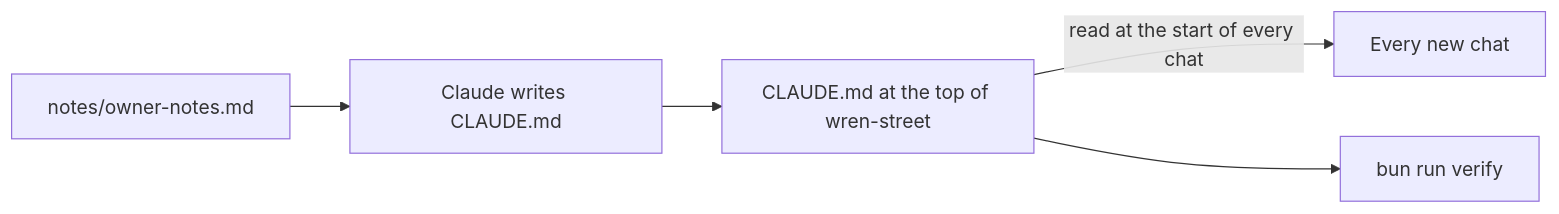
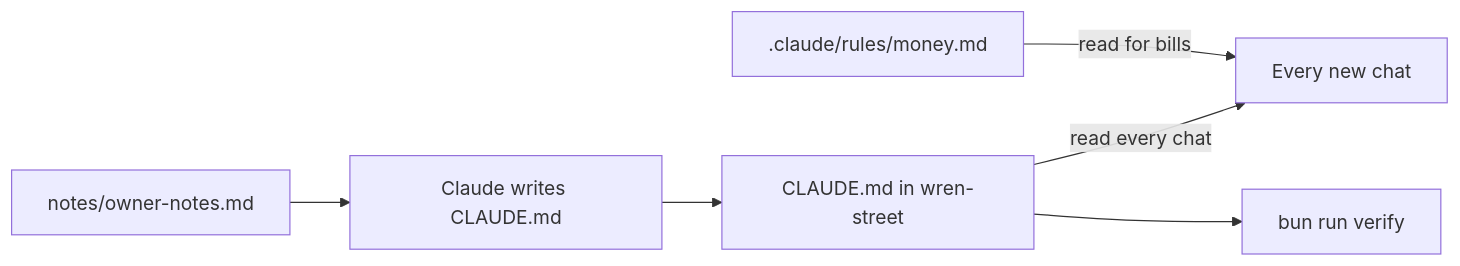
The diagram in parts/02-teach-the-bakery/01-write-the-house-rules/problem/README.md (learnwithparam/claude-code-for-everyone), drawn with Mermaid before and after one commit. The commit also changed other lines of this file and 573 other files, not shown here.

````diff
--- a/parts/02-teach-the-bakery/01-write-the-house-rules/problem/README.md
+++ b/parts/02-teach-the-bakery/01-write-the-house-rules/problem/README.md
@@ -9,7 +7,8 @@
 ```mermaid
 flowchart LR
   N[notes/owner-notes.md] --> C[Claude writes CLAUDE.md]
-  C --> M[CLAUDE.md at the top of wren-street]
-  M -->|read at the start of every chat| S[Every new chat]
+  C --> M[CLAUDE.md in wren-street]
+  M -->|read every chat| S[Every new chat]
+  R[.claude/rules/money.md] -->|read for bills| S
   M --> V[bun run verify]
 ```
````
